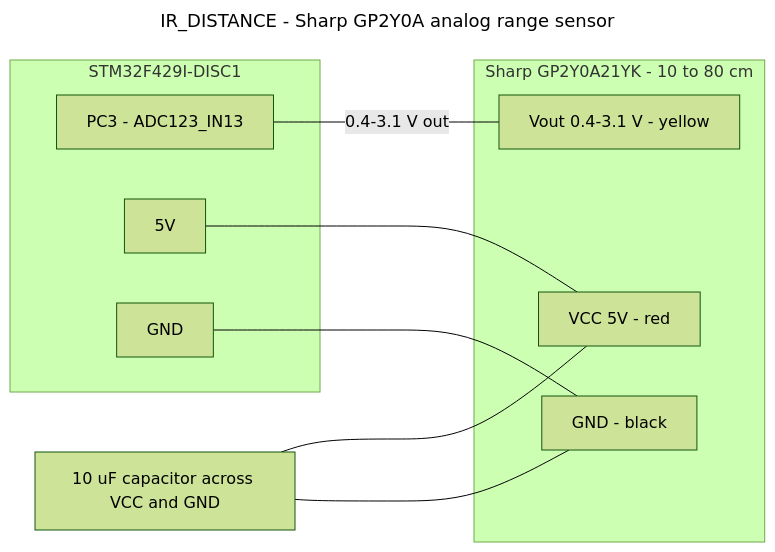
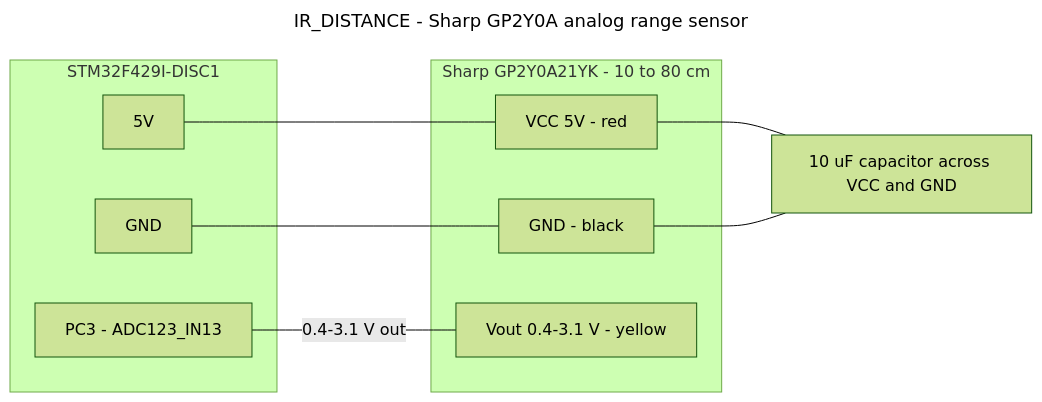
Before and after one commit to Ekpenyong-Esu/BareMetalMCU2: the diagram in Sensor_Cons/Peripherals/IR_DISTANCE/ir_distance_wiring.mmd, drawn with Mermaid (forest theme). The commit also changed 3 other files, not shown here.

```diff
--- a/Sensor_Cons/Peripherals/IR_DISTANCE/ir_distance_wiring.mmd
+++ b/Sensor_Cons/Peripherals/IR_DISTANCE/ir_distance_wiring.mmd
@@ -1,30 +1,30 @@
 ---
 title: IR_DISTANCE - Sharp GP2Y0A analog range sensor
 ---
 %% NO DOCUMENTED PINS - the application picks the ADC channel.
 %% PC3 (ADC123_IN13) is the only free ADC-capable pin in project.ioc.
 %% Sensor runs from 5 V but its output only reaches about 3.1 V, so it can go
 %% straight into a 3.3 V ADC pin with no divider.
 %% Output is non-linear and non-monotonic below the minimum range - readings
 %% under the sensor floor look like valid far-away distances.
 %% Fit the 10 uF cap across VCC/GND or the readings jitter badly.
 flowchart LR
     subgraph MCU["STM32F429I-DISC1"]
         AIN["PC3 - ADC123_IN13"]
         V5["5V"]
         GND["GND"]
     end
 
     CAP["10 uF capacitor across VCC and GND"]
 
     subgraph SENS["Sharp GP2Y0A21YK - 10 to 80 cm"]
         sV["VCC 5V - red"]
         sG["GND - black"]
         sO["Vout 0.4-3.1 V - yellow"]
     end
 
     V5 --- sV
     GND --- sG
     AIN ---|"0.4-3.1 V out"| sO
-    CAP --- sV
-    CAP --- sG
+    sV --- CAP
+    sG --- CAP
```
